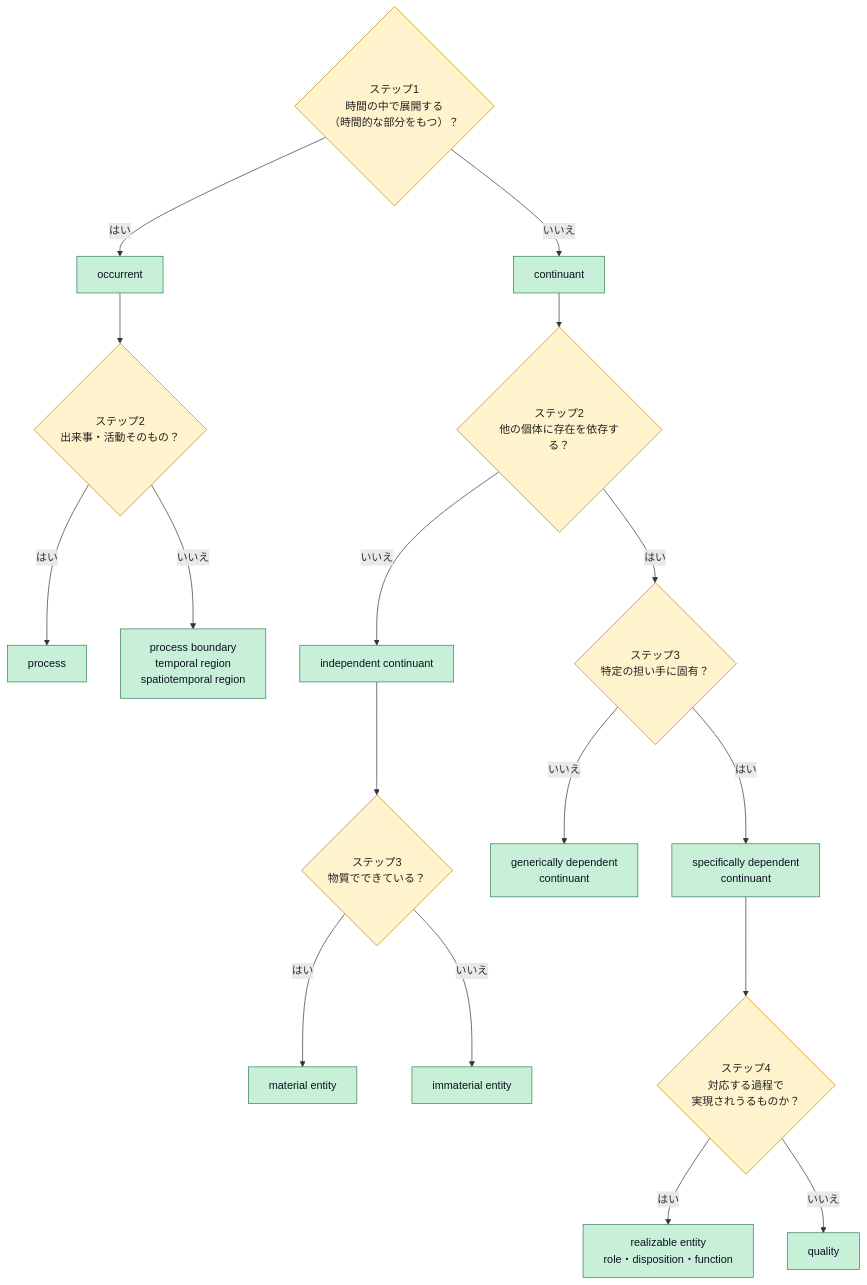
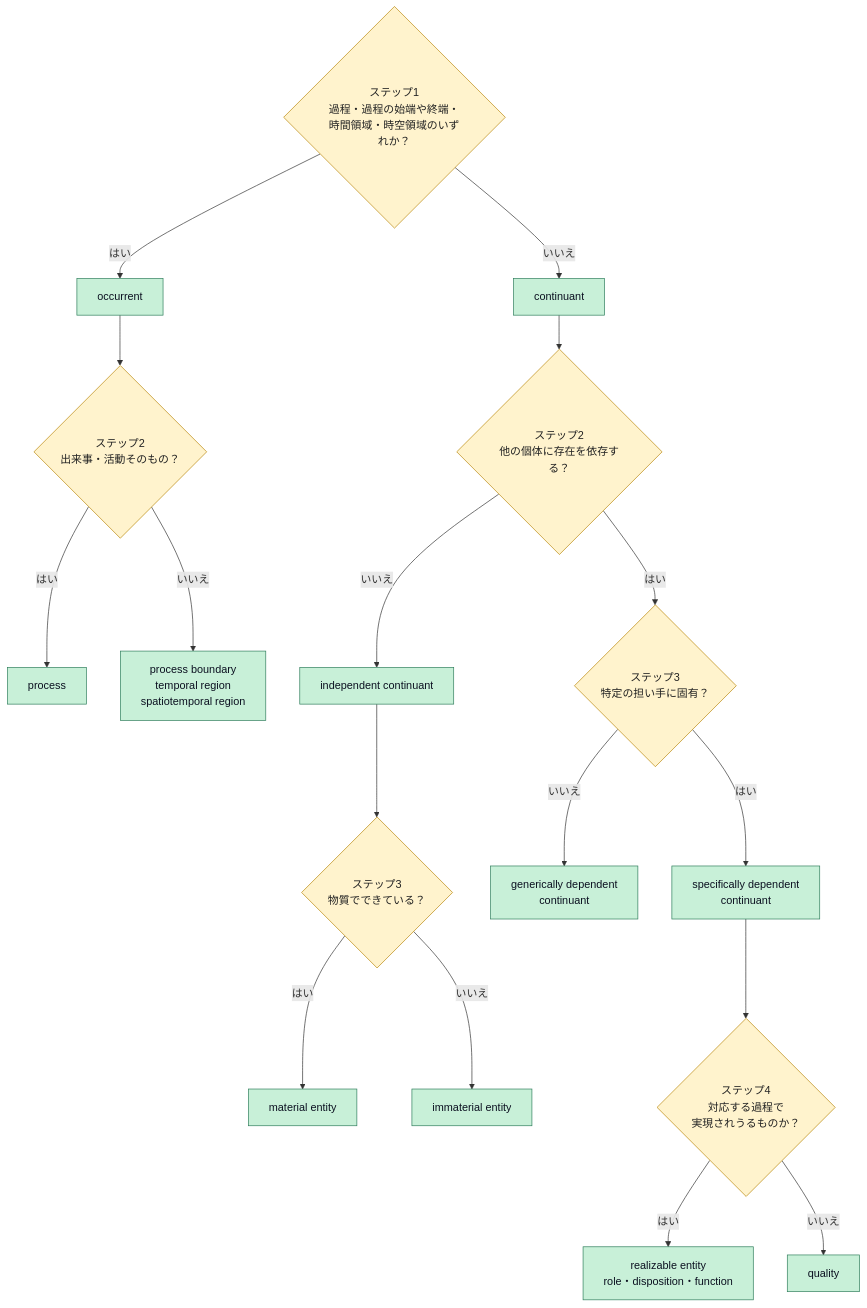
One commit to myoshi2891/Quality-Assurance-Studies changed the tenth of 15 diagrams in Iso-iec-21838-2-bfo-guide.md. Above: the diagram before and after it, drawn with Mermaid. The commit also changed other lines of this file and 1 other file, not shown here.

````diff
--- a/Iso-iec-21838-2-bfo-guide.md
+++ b/Iso-iec-21838-2-bfo-guide.md
@@ -491,29 +491,29 @@
 ```mermaid
 flowchart TB
-  Q1{"ステップ1<br/>時間の中で展開する<br/>（時間的な部分をもつ）？"}
+  Q1{"ステップ1<br/>過程・過程の始端や終端・<br/>時間領域・時空領域のいずれか？"}
   Q1 -->|"はい"| OC["occurrent"]
   Q1 -->|"いいえ"| CO["continuant"]
 
   OC --> OC1{"ステップ2<br/>出来事・活動そのもの？"}
   OC1 -->|"はい"| PR["process"]
   OC1 -->|"いいえ"| PR2["process boundary<br/>temporal region<br/>spatiotemporal region"]
 
   CO --> Q2{"ステップ2<br/>他の個体に存在を依存する？"}
   Q2 -->|"いいえ"| IC["independent continuant"]
   Q2 -->|"はい"| Q3{"ステップ3<br/>特定の担い手に固有？"}
   Q3 -->|"はい"| SD["specifically dependent<br/>continuant"]
   Q3 -->|"いいえ"| GD["generically dependent<br/>continuant"]
 
   IC --> Q4{"ステップ3<br/>物質でできている？"}
   Q4 -->|"はい"| ME["material entity"]
   Q4 -->|"いいえ"| IE["immaterial entity"]
 
   SD --> Q5{"ステップ4<br/>対応する過程で<br/>実現されうるものか？"}
   Q5 -->|"はい"| RE["realizable entity<br/>role・disposition・function"]
   Q5 -->|"いいえ"| QU["quality"]
 
   classDef dec fill:#fff3cd,stroke:#b8860b,color:#222222
   classDef res fill:#c8f0d8,stroke:#2e7d5b,color:#0b1020
   class Q1,OC1,Q2,Q3,Q4,Q5 dec
   class OC,CO,PR,PR2,IC,SD,GD,ME,IE,RE,QU res
 ```
````
